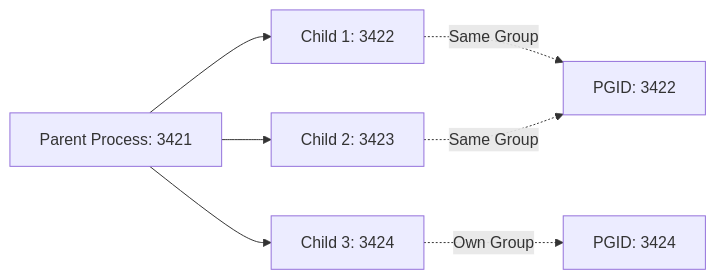
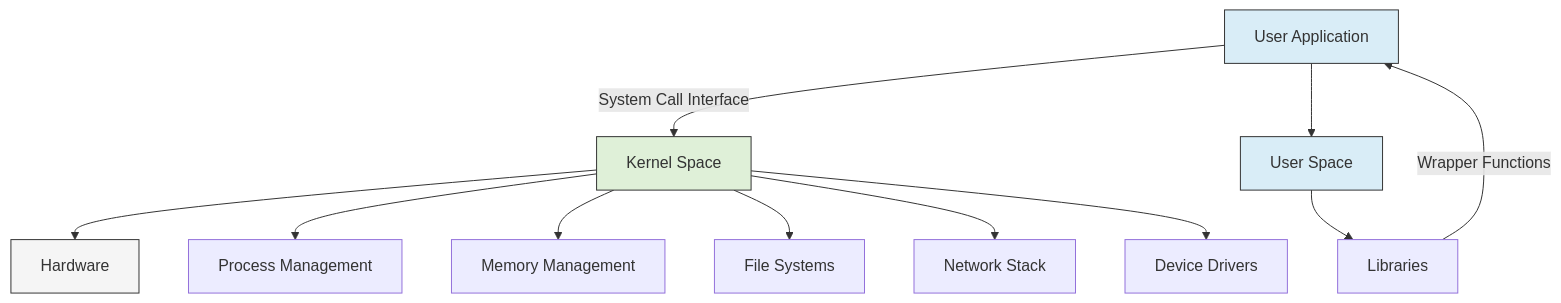
Before and after one commit to Ananya-Addisu/Endless-OS: the eighth of 9 diagrams in README.md, drawn with Mermaid. The commit also changed other lines of this file, not shown here.

````diff
--- a/README.md
+++ b/README.md
@@ -541,10 +518,20 @@
 ```mermaid
-graph LR
-    A[Parent Process: 3421] --> B[Child 1: 3422]
-    A --> C[Child 2: 3423]
-    A --> D[Child 3: 3424]
+graph TD
+    A[User Application] -->|System Call Interface| B[Kernel Space]
+    A --> C[User Space]
+    B --> D[Hardware]
     
-    B -.->|Same Group| E[PGID: 3422]
-    C -.->|Same Group| E
-    D -.->|Own Group| F[PGID: 3424]
+    C --> E[Libraries]
+    E -->|Wrapper Functions| A
+    
+    B --> F[Process Management]
+    B --> G[Memory Management]
+    B --> H[File Systems]
+    B --> I[Network Stack]
+    B --> J[Device Drivers]
+    
+    style A fill:#d9edf7,stroke:#333,stroke-width:1px
+    style B fill:#dff0d8,stroke:#333,stroke-width:1px
+    style C fill:#d9edf7,stroke:#333,stroke-width:1px
+    style D fill:#f5f5f5,stroke:#333,stroke-width:1px
 ```
````
